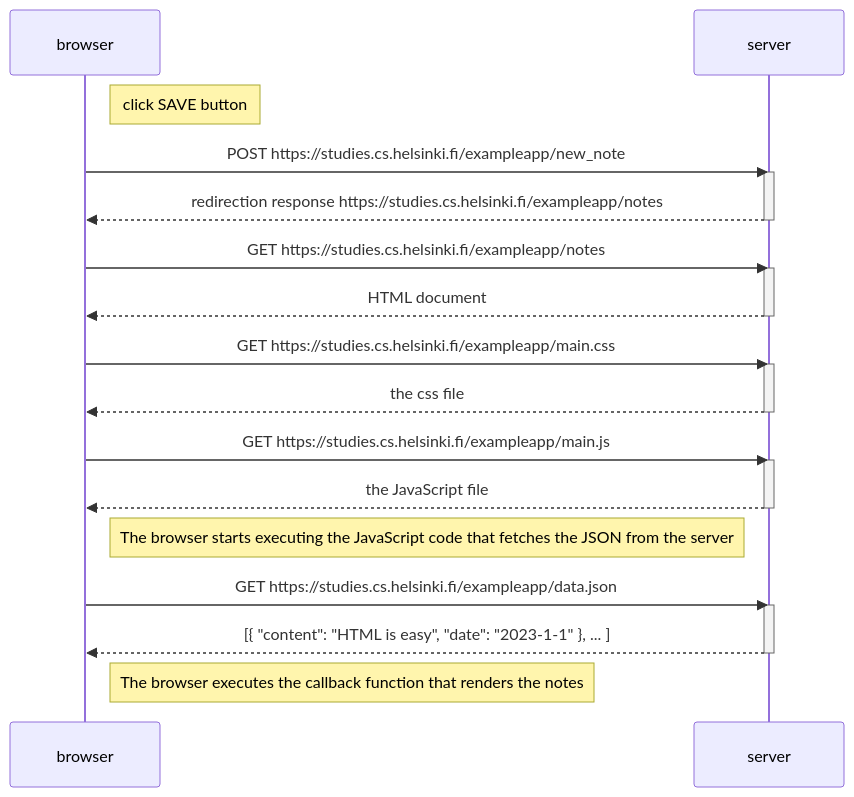
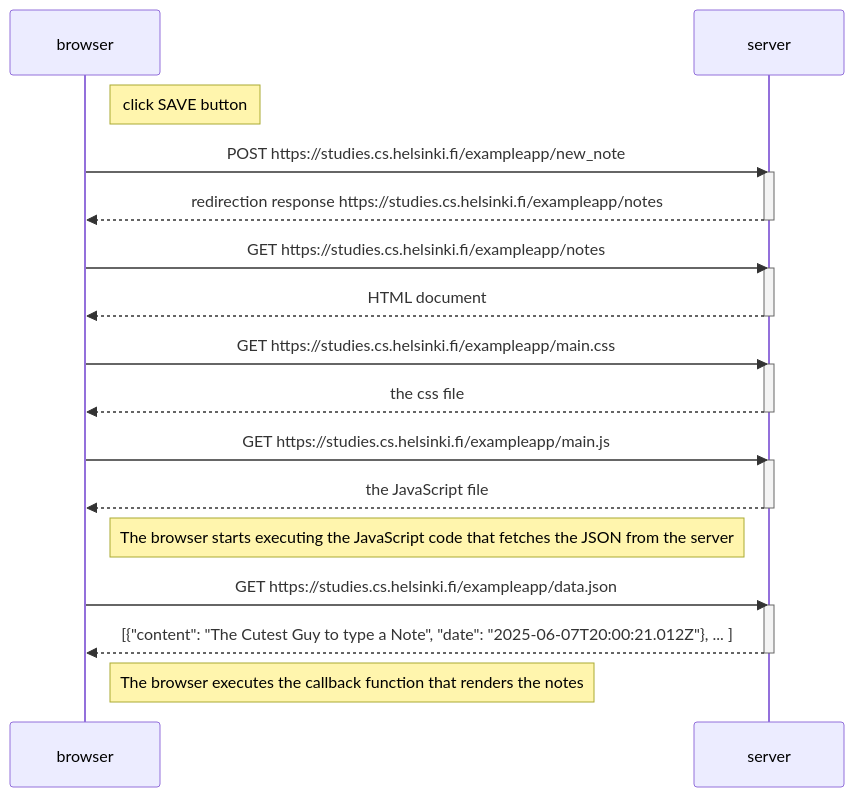
The first of 2 diagrams in part0/b/README.md (luckyhyosun/fullstackopen), drawn with Mermaid before and after one commit. The commit also changed other lines of this file, not shown here.

Commit message:
add diagram for task 05 and 06

````diff
--- a/part0/b/README.md
+++ b/part0/b/README.md
@@ -3,36 +3,36 @@
 ```mermaid
 sequenceDiagram
     participant browser
     participant server
 
     Note right of browser: click SAVE button
 
     browser->>server: POST https://studies.cs.helsinki.fi/exampleapp/new_note
     activate server
     server-->>browser: redirection response https://studies.cs.helsinki.fi/exampleapp/notes
     deactivate server
 
     browser->>server: GET https://studies.cs.helsinki.fi/exampleapp/notes
     activate server
     server-->>browser: HTML document
     deactivate server
 
     browser->>server: GET https://studies.cs.helsinki.fi/exampleapp/main.css
     activate server
     server-->>browser: the css file
     deactivate server
 
     browser->>server: GET https://studies.cs.helsinki.fi/exampleapp/main.js
     activate server
     server-->>browser: the JavaScript file
     deactivate server
 
     Note right of browser: The browser starts executing the JavaScript code that fetches the JSON from the server
 
     browser->>server: GET https://studies.cs.helsinki.fi/exampleapp/data.json
     activate server
-    server-->>browser: [{ "content": "HTML is easy", "date": "2023-1-1" }, ... ]
+    server-->>browser: [{"content": "The Cutest Guy to type a Note", "date": "2025-06-07T20:00:21.012Z"}, ... ]
     deactivate server
 
     Note right of browser: The browser executes the callback function that renders the notes
 ```
````
